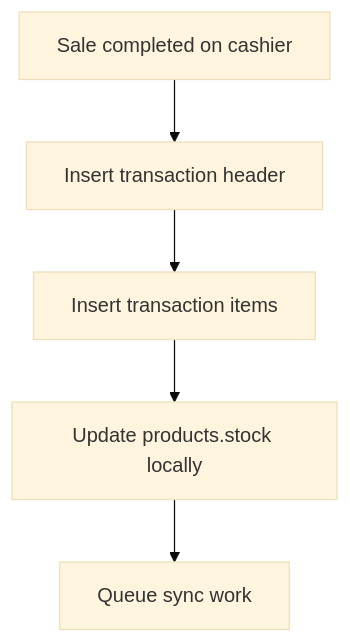
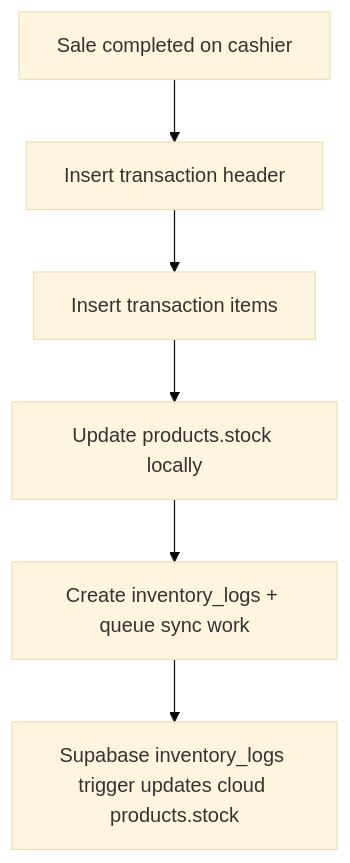
The third of 3 diagrams in docs/03-database.md (BootlegYouki/at-iba-pa-pos), drawn with Mermaid (base theme) before and after one commit. The commit also changed other lines of this file and 4 other files, not shown here.

Commit message:
chore: Update changelog and documentation for inventory logs, LAN/cloud sync behavior, and stock synchronization improvements

````diff
--- a/docs/03-database.md
+++ b/docs/03-database.md
@@ -281,8 +286,9 @@
 ```mermaid
 flowchart TD
     Sale["Sale completed on cashier"]
     Sale --> WriteTxn["Insert transaction header"]
     WriteTxn --> WriteItems["Insert transaction items"]
     WriteItems --> Deduct["Update products.stock locally"]
-    Deduct --> Log["Queue sync work"]
+    Deduct --> Log["Create inventory_logs + queue sync work"]
+    Log --> Trigger["Supabase inventory_logs trigger updates cloud products.stock"]
 ```
````
